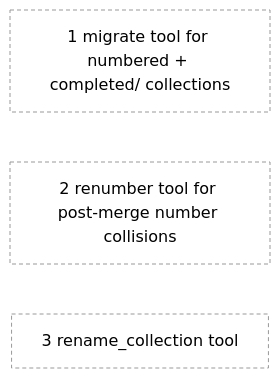
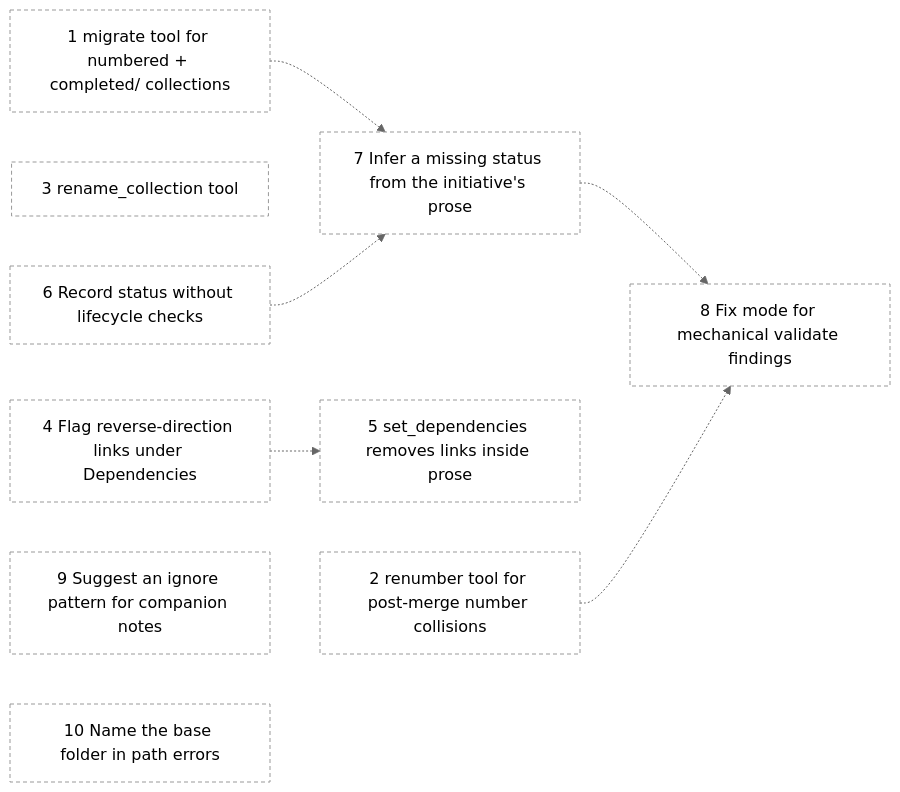
Before and after one commit to duckAsteroid/brindley: the diagram in initiatives/README.md, drawn with Mermaid (neutral theme). The commit also changed other lines of this file and 11 other files, not shown here.

````diff
--- a/initiatives/README.md
+++ b/initiatives/README.md
@@ -24,12 +35,24 @@
 ```mermaid
 flowchart LR
   n1["1 migrate tool for numbered + completed/ collections"]:::draft
   n2["2 renumber tool for post-merge number collisions"]:::draft
   n3["3 rename_collection tool"]:::draft
+  n4["4 Flag reverse-direction links under Dependencies"]:::draft
+  n5["5 set_dependencies removes links inside prose"]:::draft
+  n6["6 Record status without lifecycle checks"]:::draft
+  n7["7 Infer a missing status from the initiative's prose"]:::draft
+  n8["8 Fix mode for mechanical validate findings"]:::draft
+  n9["9 Suggest an ignore pattern for companion notes"]:::draft
+  n10["10 Name the base folder in path errors"]:::draft
+  n4 -.-> n5
+  n1 -.-> n7
+  n6 -.-> n7
+  n7 -.-> n8
+  n2 -.-> n8
   classDef done fill:#e6e6e6,color:#777,stroke:#bbb
   classDef draft fill:#fff,stroke:#999,stroke-dasharray:4 3
   classDef designed fill:#e8f0fe,stroke:#4a7bd0
   classDef ready fill:#d9f2e3,stroke:#2e8b57,stroke-width:2px
   classDef inprogress fill:#fff4d6,stroke:#d49a00,stroke-width:2px
   classDef external fill:#fafafa,stroke:#999
 ```
````
